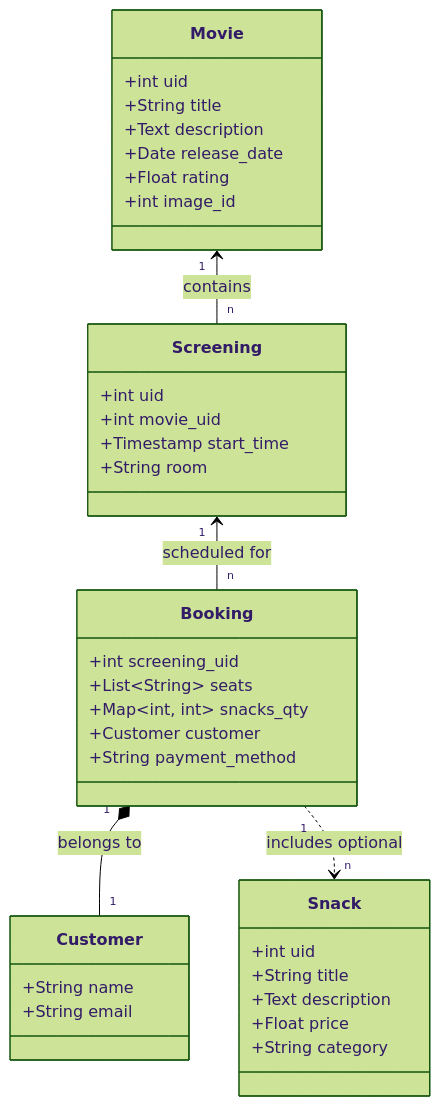
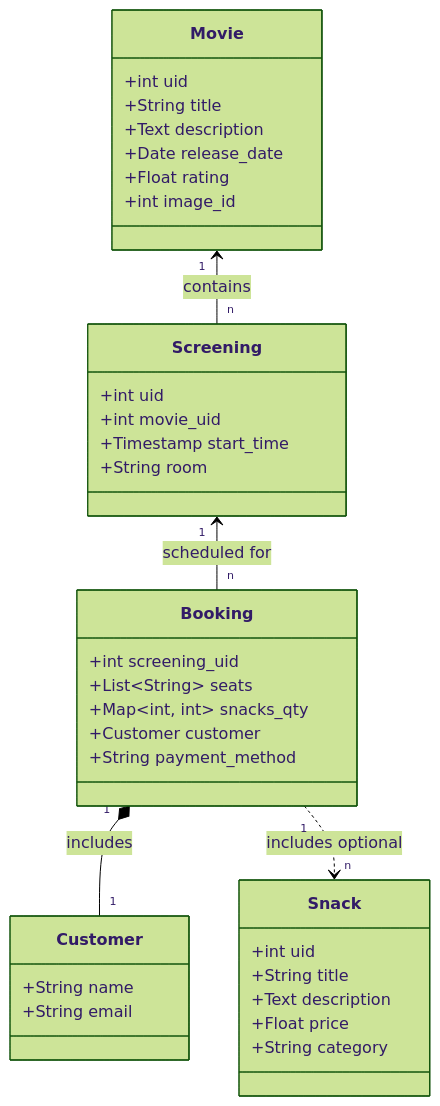
Before and after one commit to OskarFranke/LF-Praxisprojekt: the diagram in super_cinema_v2/Projektdokumentation.md, drawn with Mermaid (forest theme).

Commit message:
Update relationship description in documentation

````diff
--- a/super_cinema_v2/Projektdokumentation.md
+++ b/super_cinema_v2/Projektdokumentation.md
@@ -20,44 +20,44 @@
 ```mermaid
 classDiagram
     class Movie {
         +int uid
         +String title
         +Text description
         +Date release_date
         +Float rating
         +int image_id
     }
 
     class Snack {
         +int uid
         +String title
         +Text description
         +Float price
         +String category
     }
 
     class Screening {
         +int uid
         +int movie_uid
         +Timestamp start_time
         +String room
     }
 
     class Booking {
         +int screening_uid
         +List~String~ seats
         +Map~int, int~ snacks_qty
         +Customer customer
         +String payment_method
     }
 
     class Customer {
         +String name
         +String email
     }
 
     Movie "1" <-- "n" Screening : contains
     Screening "1" <-- "n" Booking : scheduled for
-    Booking "1" *-- "1" Customer : belongs to
+    Booking "1" *-- "1" Customer : includes 
     Booking "1" ..> "n" Snack : includes optional
 ```
````
